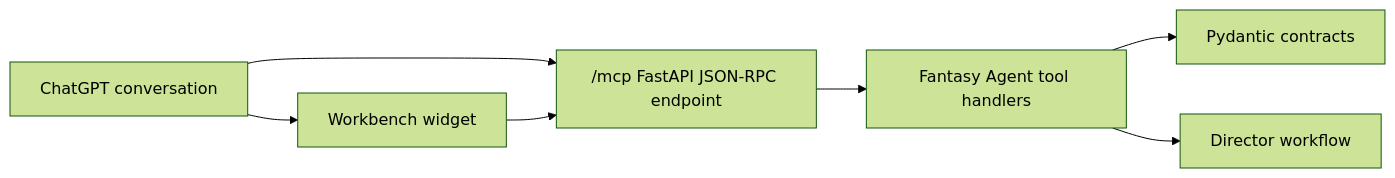
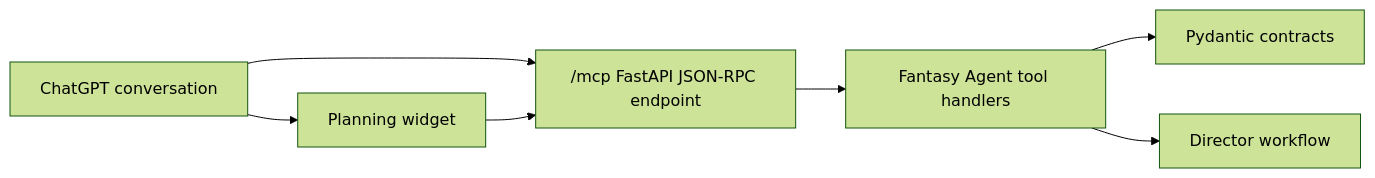
The diagram in docs/chatgpt-apps/workbench.md (tutict/Fantasy-Agent), drawn with Mermaid (forest theme) before and after one commit. The commit also changed other lines of this file and 17 other files, not shown here.

````diff
--- a/docs/chatgpt-apps/workbench.md
+++ b/docs/chatgpt-apps/workbench.md
@@ -9,16 +9,16 @@
 ```mermaid
 flowchart LR
     ChatGPT["ChatGPT conversation"]
-    Widget["Workbench widget"]
+    Widget["Planning widget"]
     MCP["/mcp FastAPI JSON-RPC endpoint"]
     Tools["Fantasy Agent tool handlers"]
     Contracts["Pydantic contracts"]
     Workflow["Director workflow"]
 
     ChatGPT --> Widget
     ChatGPT --> MCP
     Widget --> MCP
     MCP --> Tools
     Tools --> Contracts
     Tools --> Workflow
 ```
````
